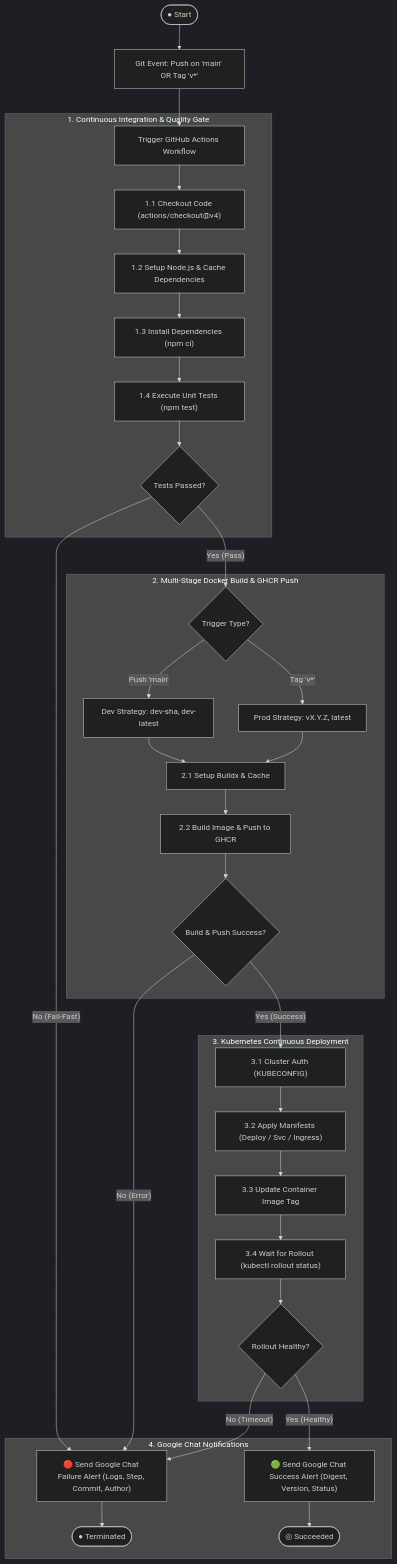
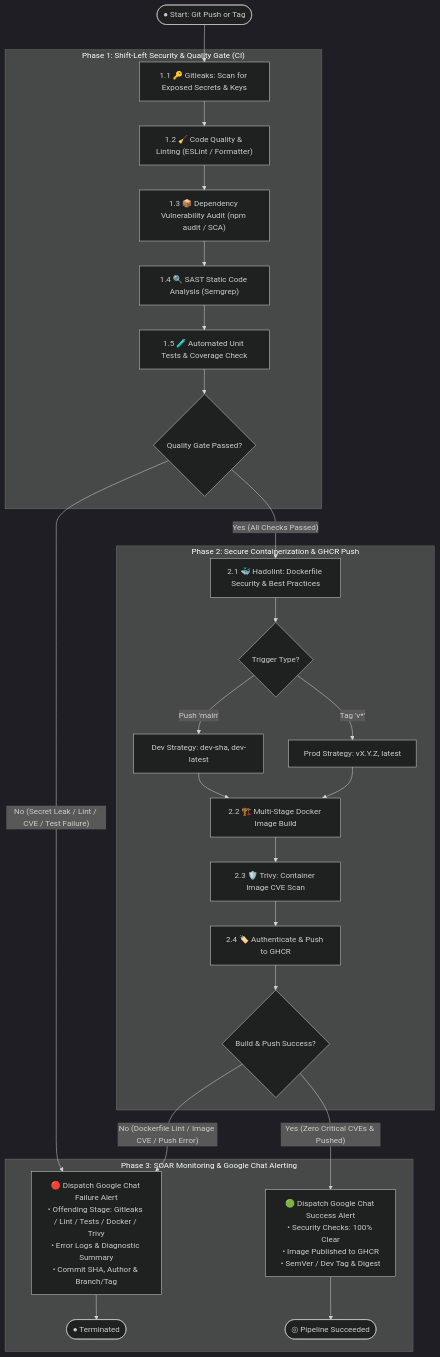
Before and after one commit to konstantine-garozashvili/ci-cd-kube: the diagram in README.md, drawn with Mermaid (dark theme). The commit also changed other lines of this file and 2 other files, not shown here.

Commit message:
docs(arch): adopt Shift-Left DevSecOps workflow with Gitleaks, SAST, SCA, and Trivy

````diff
--- a/README.md
+++ b/README.md
@@ -21,44 +22,38 @@
 ```mermaid
 flowchart TD
-    StartNode(["● Start"]) --> Trigger["Git Event: Push on 'main' OR Tag 'v*'"]
-    Trigger --> GHATrigger["Trigger GitHub Actions Workflow"]
+    StartNode(["● Start: Git Push or Tag"]) --> SecretGate
 
-    subgraph CI ["1. Continuous Integration & Quality Gate"]
-        GHATrigger --> Checkout["1.1 Checkout Code (actions/checkout@v4)"]
-        Checkout --> Setup["1.2 Setup Node.js & Cache Dependencies"]
-        Setup --> Install["1.3 Install Dependencies (npm ci)"]
-        Install --> Test["1.4 Execute Unit Tests (npm test)"]
-        Test --> TestDec{"Tests Passed?"}
+    subgraph PHASE1 ["Phase 1: Shift-Left Security & Quality Gate (CI)"]
+        SecretGate["1.1 🔑 Gitleaks: Scan for Exposed Secrets & Keys"]
+        SecretGate --> Lint["1.2 🧹 Code Quality & Linting (ESLint / Formatter)"]
+        Lint --> DepAudit["1.3 📦 Dependency Vulnerability Audit (npm audit / SCA)"]
+        DepAudit --> SAST["1.4 🔍 SAST Static Code Analysis (Semgrep)"]
+        SAST --> UnitTests["1.5 🧪 Automated Unit Tests & Coverage Check"]
+        UnitTests --> Phase1Dec{"Quality Gate Passed?"}
     end
 
-    subgraph BUILD ["2. Multi-Stage Docker Build & GHCR Push"]
-        CheckType{"Trigger Type?"}
-        CheckType -->|"Push 'main'"| DevTag["Dev Strategy: dev-sha, dev-latest"]
-        CheckType -->|"Tag 'v*'"| ProdTag["Prod Strategy: vX.Y.Z, latest"]
-        DevTag --> Buildx["2.1 Setup Buildx & Cache"]
-        ProdTag --> Buildx
-        Buildx --> PushGHCR["2.2 Build Image & Push to GHCR"]
-        PushGHCR --> BuildDec{"Build & Push Success?"}
+    subgraph PHASE2 ["Phase 2: Secure Containerization & GHCR Push"]
+        Hadolint["2.1 🐳 Hadolint: Dockerfile Security & Best Practices"]
+        Hadolint --> CheckTrigger{"Trigger Type?"}
+        CheckTrigger -->|"Push 'main'"| DevTag["Dev Strategy: dev-sha, dev-latest"]
+        CheckTrigger -->|"Tag 'v*'"| ProdTag["Prod Strategy: vX.Y.Z, latest"]
+        DevTag --> DockerBuild["2.2 🏗️ Multi-Stage Docker Image Build"]
+        ProdTag --> DockerBuild
+        DockerBuild --> TrivyScan["2.3 🛡️ Trivy: Container Image CVE Scan"]
+        TrivyScan --> PushGHCR["2.4 🏷️ Authenticate & Push to GHCR"]
+        PushGHCR --> Phase2Dec{"Build & Push Success?"}
     end
 
-    subgraph K8S ["3. Kubernetes Continuous Deployment"]
-        K8sAuth["3.1 Cluster Auth (KUBECONFIG)"]
-        K8sAuth --> ApplyK8s["3.2 Apply Manifests (Deploy / Svc / Ingress)"]
-        ApplyK8s --> SetImg["3.3 Update Container Image Tag"]
-        SetImg --> Rollout["3.4 Wait for Rollout (kubectl rollout status)"]
-        Rollout --> RolloutDec{"Rollout Healthy?"}
+    subgraph PHASE3 ["Phase 3: SOAR Monitoring & Google Chat Alerting"]
+        FailAlert["🔴 Dispatch Google Chat Failure Alert<br/>• Offending Stage: Gitleaks / Lint / Tests / Docker / Trivy<br/>• Error Logs & Diagnostic Summary<br/>• Commit SHA, Author & Branch/Tag"] --> TermFail(["● Terminated"])
+        SuccAlert["🟢 Dispatch Google Chat Success Alert<br/>• Security Checks: 100% Clear<br/>• Image Published to GHCR<br/>• SemVer / Dev Tag & Digest"] --> TermSucc(["◎ Pipeline Succeeded"])
     end
 
-    subgraph ALERTS ["4. Google Chat Notifications"]
-        FailAlert["🔴 Send Google Chat Failure Alert (Logs, Step, Commit, Author)"] --> TermFail(["● Terminated"])
-        SuccAlert["🟢 Send Google Chat Success Alert (Digest, Version, Status)"] --> TermSucc(["◎ Succeeded"])
-    end
+    %% Success Transitions
+    Phase1Dec -->|"Yes (All Checks Passed)"| Hadolint
+    Phase2Dec -->|"Yes (Zero Critical CVEs & Pushed)"| SuccAlert
 
-    TestDec -->|"Yes (Pass)"| CheckType
-    BuildDec -->|"Yes (Success)"| K8sAuth
-    RolloutDec -->|"Yes (Healthy)"| SuccAlert
-
-    TestDec -->|"No (Fail-Fast)"| FailAlert
-    BuildDec -->|"No (Error)"| FailAlert
-    RolloutDec -->|"No (Timeout)"| FailAlert
+    %% Fail-Fast Transitions (Immediate Alert & Terminate)
+    Phase1Dec -->|"No (Secret Leak / Lint / CVE / Test Failure)"| FailAlert
+    Phase2Dec -->|"No (Dockerfile Lint / Image CVE / Push Error)"| FailAlert
 ```
````
